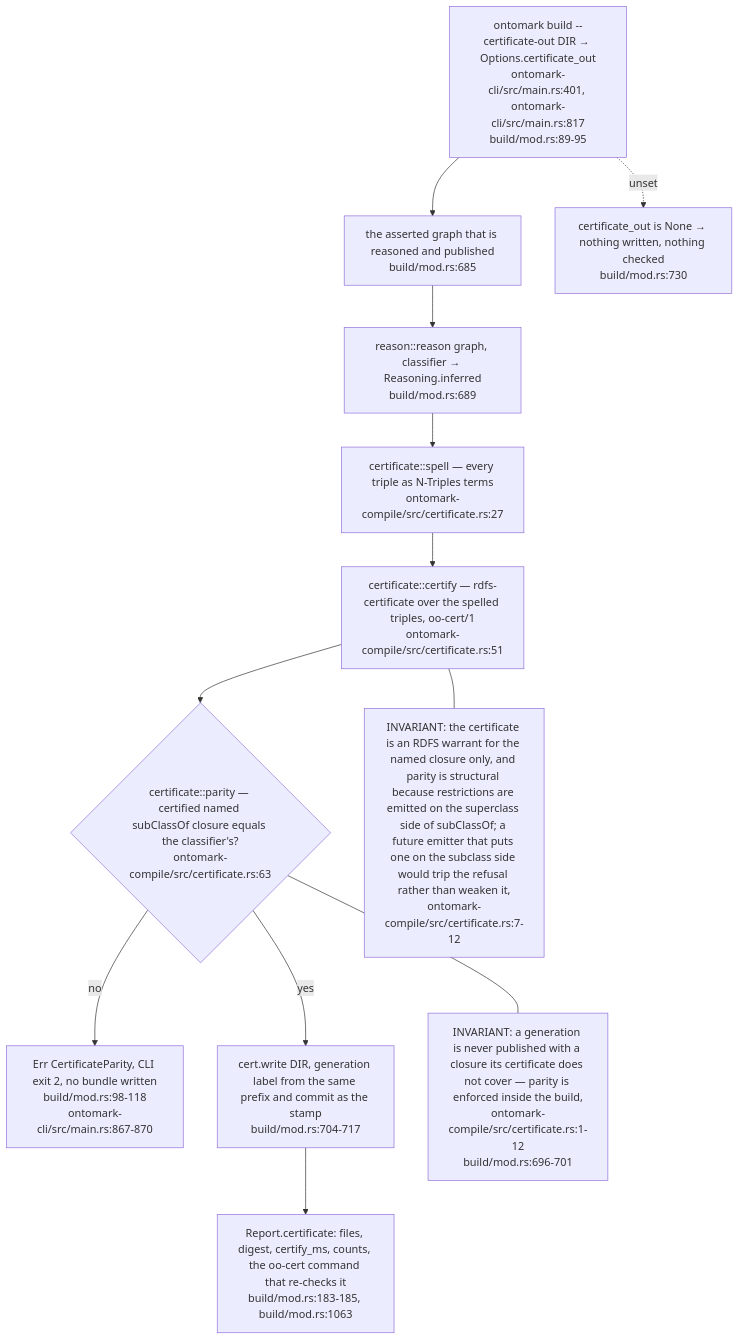
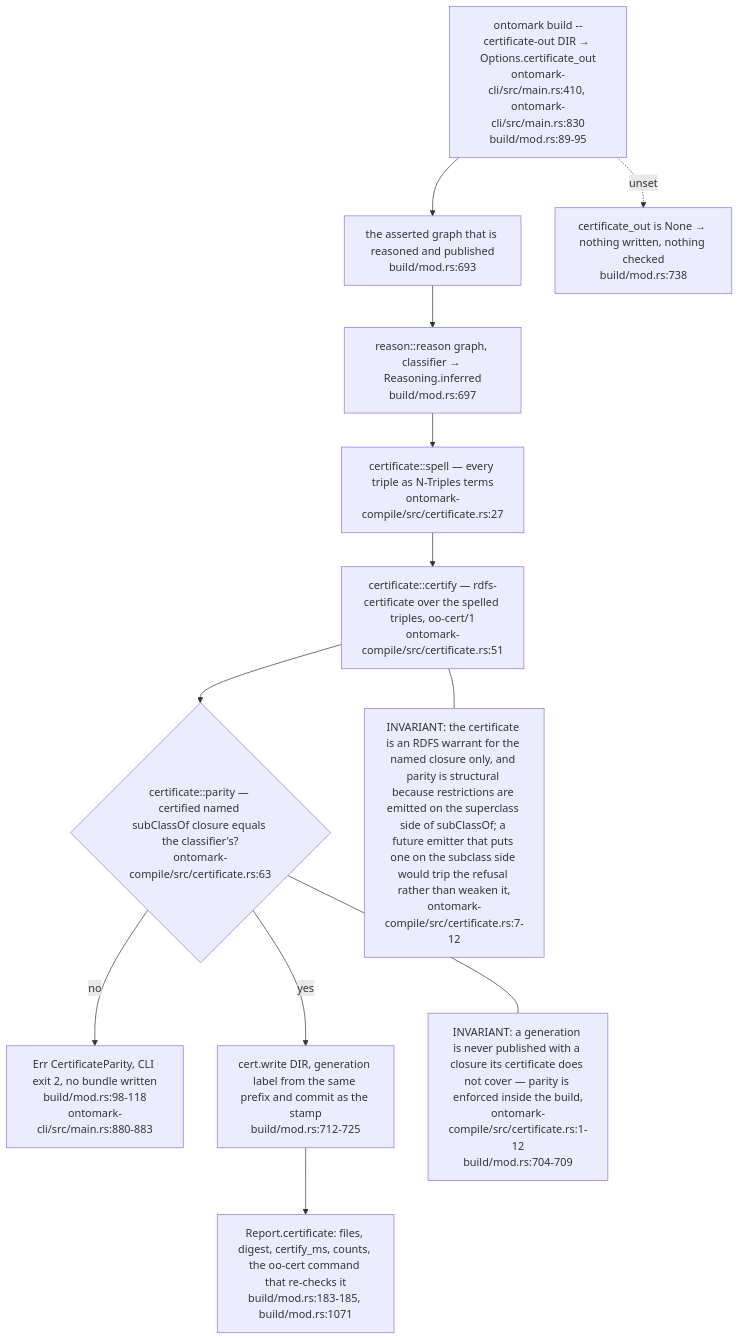
The eighth of 8 diagrams in docs/diagrams/ontomark/03-build-run-gates-staging-and-generation.md (DreamLab-AI/VisionFlow), drawn with Mermaid before and after one commit. The commit also changed other lines of this file and 91 other files, not shown here.

````diff
--- a/docs/diagrams/ontomark/03-build-run-gates-staging-and-generation.md
+++ b/docs/diagrams/ontomark/03-build-run-gates-staging-and-generation.md
@@ -312,21 +315,21 @@
 ```mermaid
 flowchart TD
-    FLAG["ontomark build --certificate-out DIR → Options.certificate_out<br/>ontomark-cli/src/main.rs:401, ontomark-cli/src/main.rs:817<br/>build/mod.rs:89-95"]
-    GRAPH["the asserted graph that is reasoned and published<br/>build/mod.rs:685"]
-    REASON["reason::reason graph, classifier → Reasoning.inferred<br/>build/mod.rs:689"]
+    FLAG["ontomark build --certificate-out DIR → Options.certificate_out<br/>ontomark-cli/src/main.rs:410, ontomark-cli/src/main.rs:830<br/>build/mod.rs:89-95"]
+    GRAPH["the asserted graph that is reasoned and published<br/>build/mod.rs:693"]
+    REASON["reason::reason graph, classifier → Reasoning.inferred<br/>build/mod.rs:697"]
     SPELL["certificate::spell — every triple as N-Triples terms<br/>ontomark-compile/src/certificate.rs:27"]
     CERT["certificate::certify — rdfs-certificate over the spelled triples, oo-cert/1<br/>ontomark-compile/src/certificate.rs:51"]
     PAR{"certificate::parity — certified named subClassOf closure equals the classifier's?<br/>ontomark-compile/src/certificate.rs:63"}
-    REFUSE["Err CertificateParity, CLI exit 2, no bundle written<br/>build/mod.rs:98-118<br/>ontomark-cli/src/main.rs:867-870"]
-    WRITE["cert.write DIR, generation label from the same prefix and commit as the stamp<br/>build/mod.rs:704-717"]
-    REP["Report.certificate: files, digest, certify_ms, counts, the oo-cert command that re-checks it<br/>build/mod.rs:183-185, build/mod.rs:1063"]
-    NONE["certificate_out is None → nothing written, nothing checked<br/>build/mod.rs:730"]
+    REFUSE["Err CertificateParity, CLI exit 2, no bundle written<br/>build/mod.rs:98-118<br/>ontomark-cli/src/main.rs:880-883"]
+    WRITE["cert.write DIR, generation label from the same prefix and commit as the stamp<br/>build/mod.rs:712-725"]
+    REP["Report.certificate: files, digest, certify_ms, counts, the oo-cert command that re-checks it<br/>build/mod.rs:183-185, build/mod.rs:1071"]
+    NONE["certificate_out is None → nothing written, nothing checked<br/>build/mod.rs:738"]
     FLAG --> GRAPH --> REASON --> SPELL --> CERT --> PAR
     PAR -- no --> REFUSE
     PAR -- yes --> WRITE --> REP
     FLAG -. unset .-> NONE
-    n1["INVARIANT: a generation is never published with a closure its certificate does not cover — parity is enforced inside the build,<br/>ontomark-compile/src/certificate.rs:1-12<br/>build/mod.rs:696-701"]
+    n1["INVARIANT: a generation is never published with a closure its certificate does not cover — parity is enforced inside the build,<br/>ontomark-compile/src/certificate.rs:1-12<br/>build/mod.rs:704-709"]
     n2["INVARIANT: the certificate is an RDFS warrant for the named closure only, and parity is structural because restrictions are emitted on the superclass side of subClassOf; a future emitter that puts one on the subclass side would trip the refusal rather than weaken it,<br/>ontomark-compile/src/certificate.rs:7-12"]
     PAR --- n1
     CERT --- n2
 ```
````
